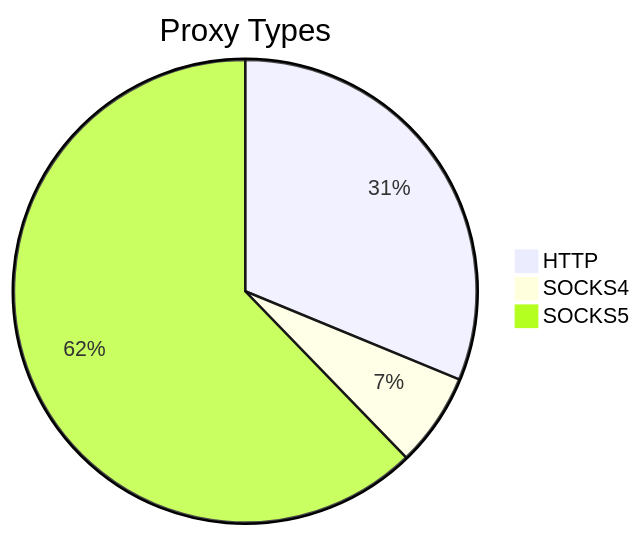
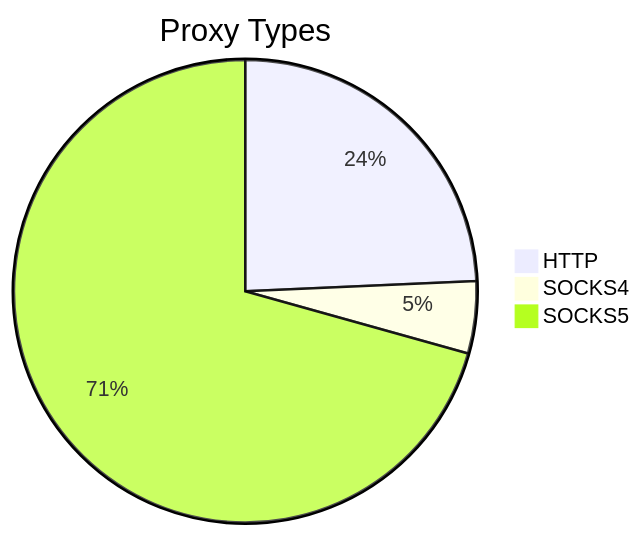
One commit to stormsia/proxy-list changed the first of 2 diagrams in README.md. Above: the diagram before and after it, drawn with Mermaid. The commit also changed other lines of this file, not shown here.

````diff
--- a/README.md
+++ b/README.md
@@ -21,6 +21,6 @@
 ```mermaid
 pie title Proxy Types
-    "HTTP" : 148
-    "SOCKS4" : 31
-    "SOCKS5" : 295
+    "HTTP" : 164
+    "SOCKS4" : 34
+    "SOCKS5" : 477
 ```
````
